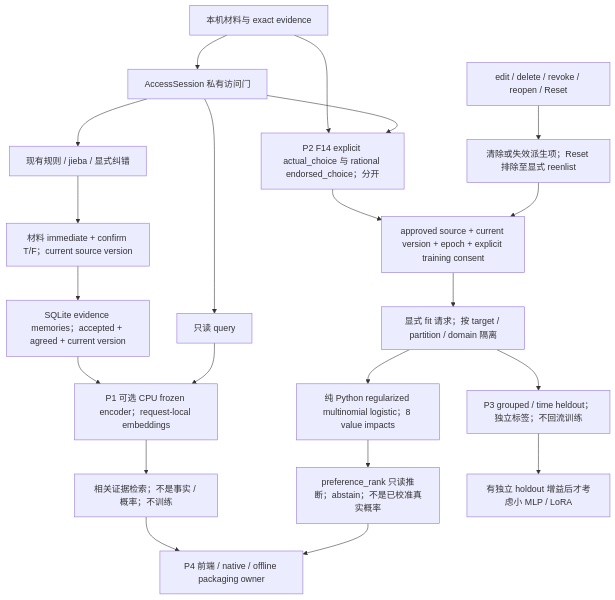
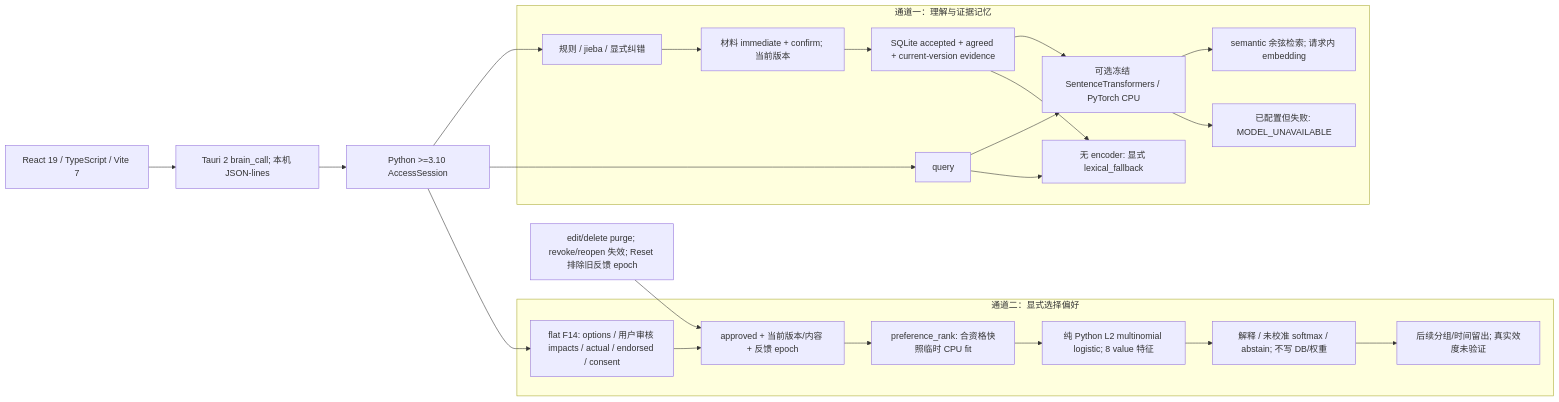
One commit to Azusalina/Alpha changed the diagram in back-end-core/docs/hybrid-learning-plan.md. Above: the diagram before and after it, drawn with Mermaid. The commit also changed other lines of this file and 84 other files, not shown here.

````diff
--- a/back-end-core/docs/hybrid-learning-plan.md
+++ b/back-end-core/docs/hybrid-learning-plan.md
@@ -45,23 +29,27 @@
 ```mermaid
-flowchart TD
-    A["本机材料与 exact evidence"] --> G["AccessSession 私有访问门"]
-    G --> R["现有规则 / jieba / 显式纠错"]
-    R --> T["材料 immediate + confirm T/F；current source version"]
-    T --> M["SQLite evidence memories；accepted + agreed + current version"]
-    G --> Q["只读 query"]
-    M --> S["P1 可选 CPU frozen encoder；request-local embeddings"]
-    Q --> S
-    S --> O["相关证据检索；不是事实 / 概率；不训练"]
-    A --> F["P2 F14 explicit actual_choice 与 rational endorsed_choice；分开"]
-    G --> F
-    F --> C["approved source + current version + epoch + explicit training consent"]
-    C --> D["显式 fit 请求；按 target / partition / domain 隔离"]
-    D --> W["纯 Python regularized multinomial logistic；8 value impacts"]
-    W --> I["preference_rank 只读推断；abstain；不是已校准真实概率"]
-    D --> E["P3 grouped / time heldout；独立标签；不回流训练"]
-    E --> L["有独立 holdout 增益后才考虑小 MLP / LoRA"]
-    X["edit / delete / revoke / reopen / Reset"] --> Y["清除或失效派生项；Reset 排除至显式 reenlist"]
-    Y --> C
-    O --> H["P4 前端 / native / offline packaging owner"]
-    I --> H
+flowchart LR
+    U["React 19 / TypeScript / Vite 7"] --> H["Tauri 2 brain_call; 本机 JSON-lines"]
+    H --> G["Python >=3.10 AccessSession"]
+    subgraph A["通道一：理解与证据记忆"]
+        R["规则 / jieba / 显式纠错"] --> T["材料 immediate + confirm; 当前版本"]
+        T --> M["SQLite accepted + agreed + current-version evidence"]
+        M --> S["可选冻结 SentenceTransformers / PyTorch CPU"]
+        Q["query"] --> S
+        S --> O["semantic 余弦检索; 请求内 embedding"]
+        Q --> F["无 encoder: 显式 lexical_fallback"]
+        M --> F
+        S --> X["已配置但失败: MODEL_UNAVAILABLE"]
+    end
+    subgraph B["通道二：显式选择偏好"]
+        C["flat F14: options / 用户审核 impacts / actual / endorsed / consent"]
+        C --> E["approved + 当前版本/内容 + 反馈 epoch"]
+        E --> L["preference_rank: 合资格快照临时 CPU fit"]
+        L --> P["纯 Python L2 multinomial logistic; 8 value 特征"]
+        P --> I["解释 / 未校准 softmax / abstain; 不写 DB/权重"]
+        I --> V["后续分组/时间留出; 真实效度未验证"]
+    end
+    G --> R
+    G --> Q
+    G --> C
+    D["edit/delete purge; revoke/reopen 失效; Reset 排除旧反馈 epoch"] --> E
 ```
````
